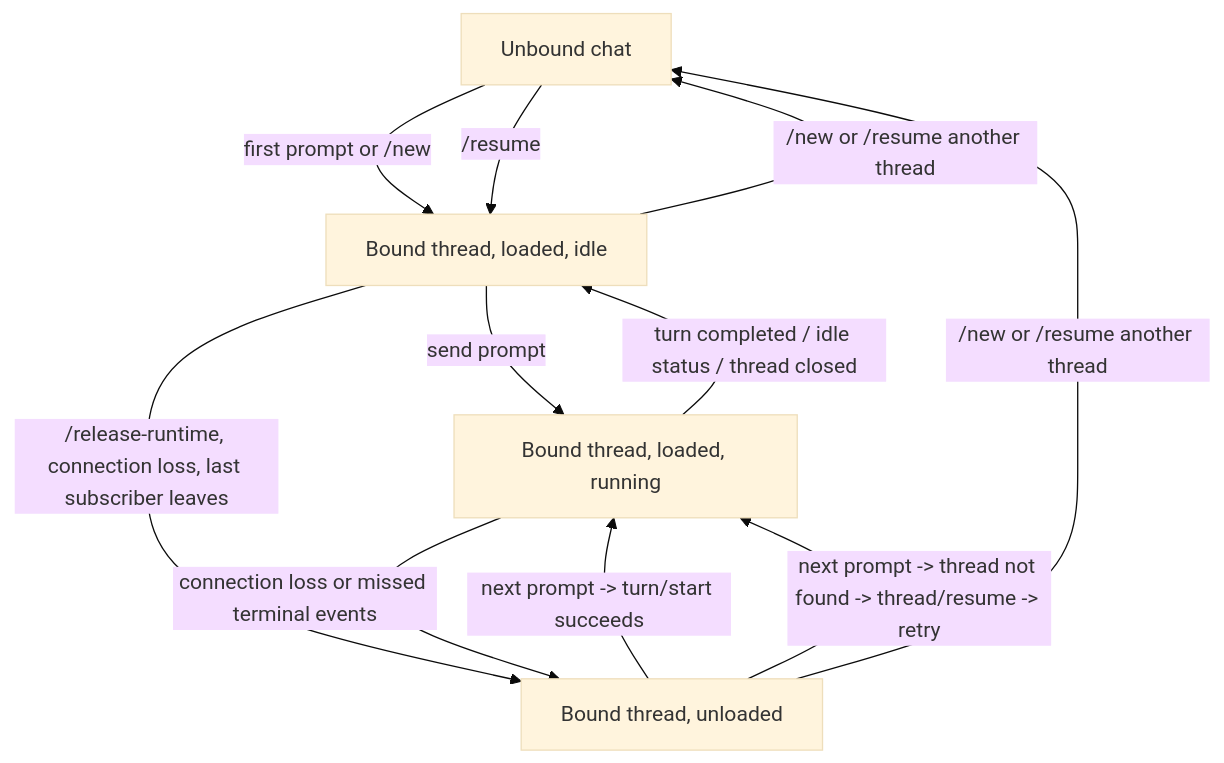
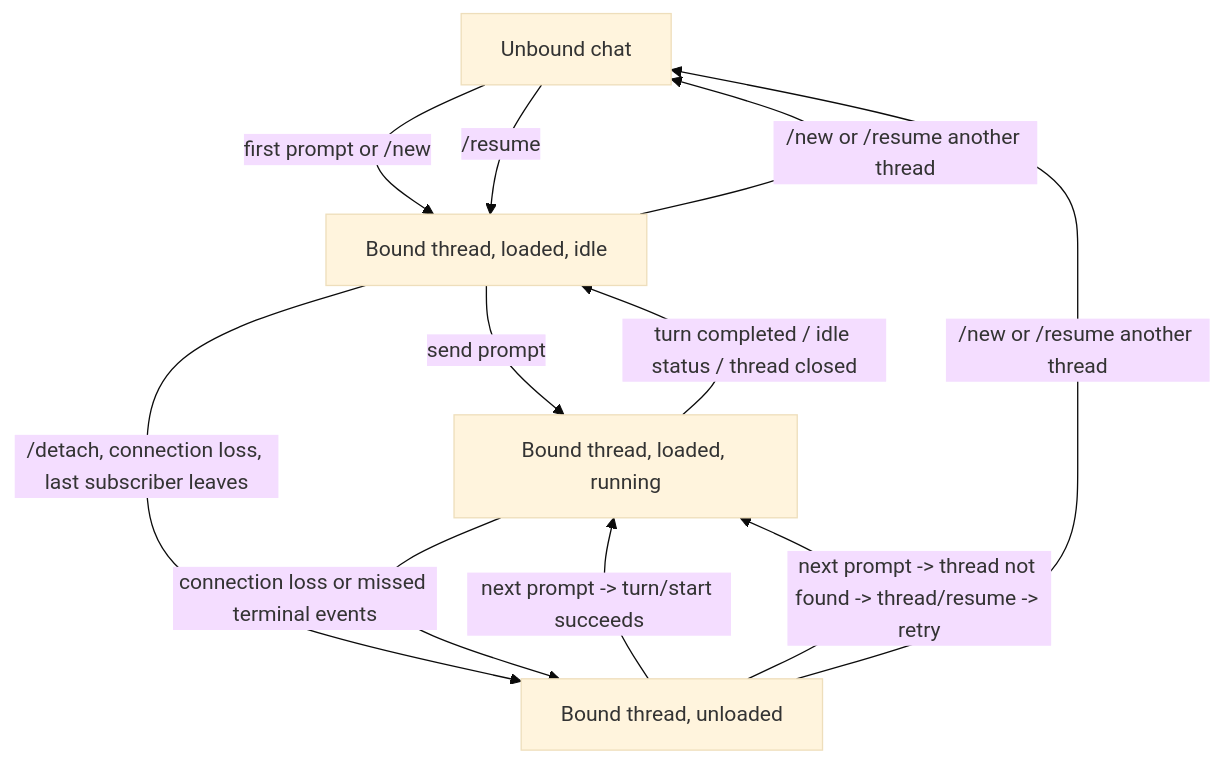
The diagram in docs/contracts/feishu-thread-lifecycle.md (ZichaoLong/focus), drawn with Mermaid (base theme) before and after one commit. The commit also changed other lines of this file and 34 other files, not shown here.

Commit message:
Unify runtime controls around attach and detach

````diff
--- a/docs/contracts/feishu-thread-lifecycle.md
+++ b/docs/contracts/feishu-thread-lifecycle.md
@@ -74,17 +74,17 @@
 ```mermaid
 flowchart TD
     A[Unbound chat] -->|first prompt or /new| B[Bound thread, loaded, idle]
     A -->|/resume <thread>| B
 
     B -->|send prompt| C[Bound thread, loaded, running]
     C -->|turn completed / idle status / thread closed| B
 
-    B -->|/release-runtime, connection loss, last subscriber leaves| D[Bound thread, unloaded]
+    B -->|/detach, connection loss, last subscriber leaves| D[Bound thread, unloaded]
     C -->|connection loss or missed terminal events| D
 
     D -->|next prompt -> turn/start succeeds| C
     D -->|next prompt -> thread not found -> thread/resume -> retry| C
 
     B -->|/new or /resume another thread| A
     D -->|/new or /resume another thread| A
 ```
````
